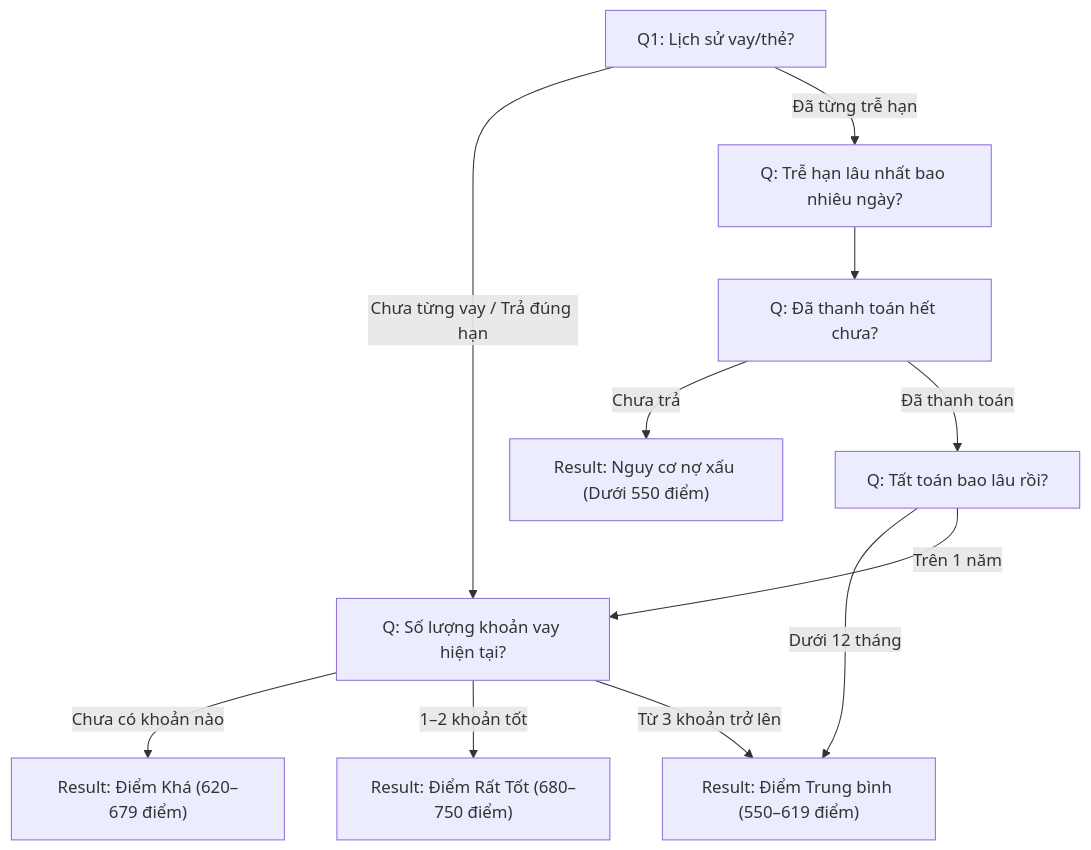
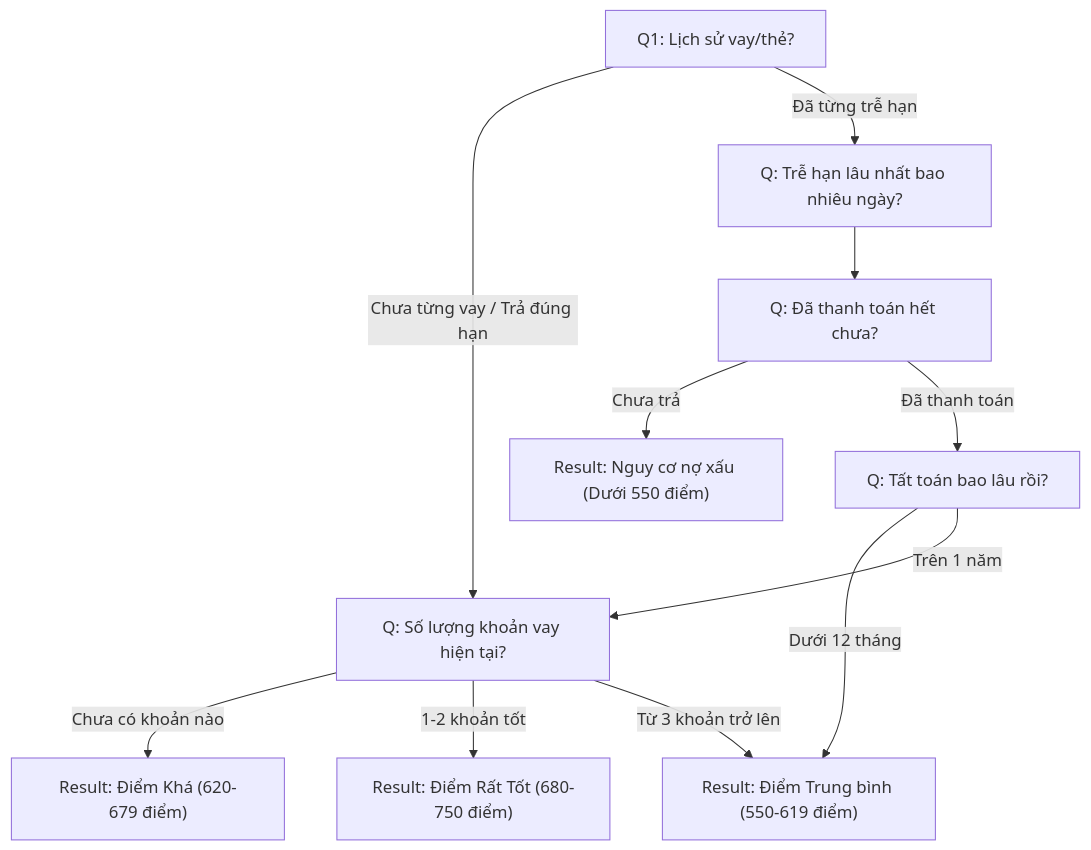
Before and after one commit to vanhien26/hienho-knowledgebase: the fourth of 6 diagrams in 04_MOSPARK_PLATFORM/QUIZ_FLOW_SPECIFICATION_FOR_DEV.md, drawn with Mermaid. The commit also changed other lines of this file and 217 other files, not shown here.

````diff
--- a/04_MOSPARK_PLATFORM/QUIZ_FLOW_SPECIFICATION_FOR_DEV.md
+++ b/04_MOSPARK_PLATFORM/QUIZ_FLOW_SPECIFICATION_FOR_DEV.md
@@ -149,17 +149,17 @@
 ```mermaid
 graph TD
     cic_q1["Q1: Lịch sử vay/thẻ?"]
     cic_q1 -->|Chưa từng vay / Trả đúng hạn| cic_q_loans["Q: Số lượng khoản vay hiện tại?"]
     cic_q1 -->|Đã từng trễ hạn| cic_q_days["Q: Trễ hạn lâu nhất bao nhiêu ngày?"]
     
     cic_q_days --> cic_q_paid["Q: Đã thanh toán hết chưa?"]
     cic_q_paid -->|Chưa trả| cic_res_bad["Result: Nguy cơ nợ xấu (Dưới 550 điểm)"]
     cic_q_paid -->|Đã thanh toán| cic_q_time["Q: Tất toán bao lâu rồi?"]
     
-    cic_q_time -->|Dưới 12 tháng| cic_res_fair["Result: Điểm Trung bình (550–619 điểm)"]
+    cic_q_time -->|Dưới 12 tháng| cic_res_fair["Result: Điểm Trung bình (550-619 điểm)"]
     cic_q_time -->|Trên 1 năm| cic_q_loans
     
-    cic_q_loans -->|Chưa có khoản nào| cic_res_good["Result: Điểm Khá (620–679 điểm)"]
-    cic_q_loans -->|1–2 khoản tốt| cic_res_exc["Result: Điểm Rất Tốt (680–750 điểm)"]
+    cic_q_loans -->|Chưa có khoản nào| cic_res_good["Result: Điểm Khá (620-679 điểm)"]
+    cic_q_loans -->|1-2 khoản tốt| cic_res_exc["Result: Điểm Rất Tốt (680-750 điểm)"]
     cic_q_loans -->|Từ 3 khoản trở lên| cic_res_fair
 ```
````
